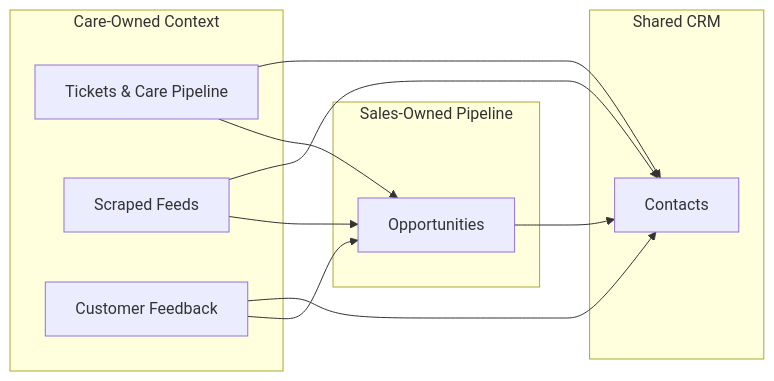
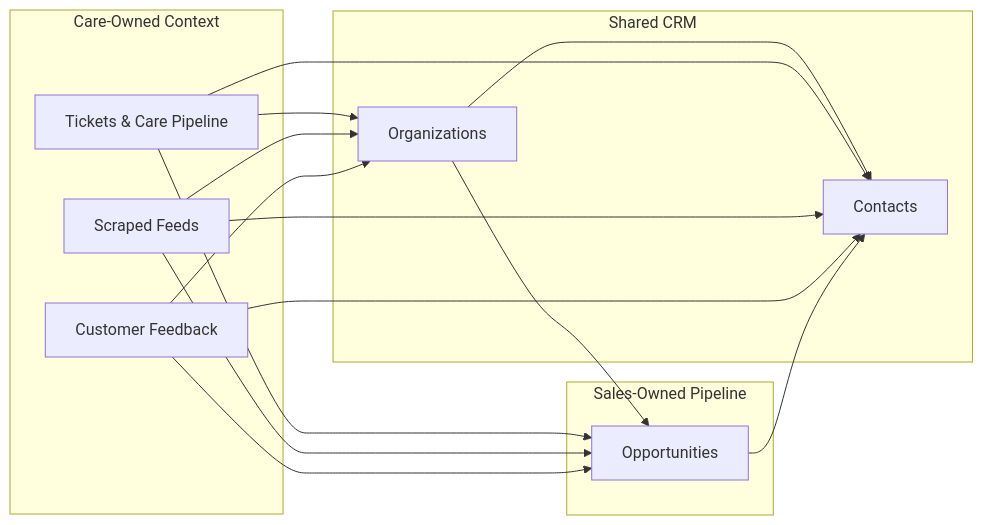
The third of 3 diagrams in care-sales-base.md (firman19/edu-airtable), drawn with Mermaid before and after one commit. The commit also changed other lines of this file and 2 other files, not shown here.

````diff
--- a/care-sales-base.md
+++ b/care-sales-base.md
@@ -249,25 +288,31 @@
 ```mermaid
 flowchart LR
     subgraph Care["Care-Owned Context"]
         T[Tickets & Care Pipeline]
         S[Scraped Feeds]
         F[Customer Feedback]
     end
 
     subgraph Shared["Shared CRM"]
+        ORG[Organizations]
         C[Contacts]
     end
 
     subgraph Sales["Sales-Owned Pipeline"]
         O[Opportunities]
     end
 
+    ORG --> C
     T --> C
     S --> C
     F --> C
 
+    T --> ORG
+    S --> ORG
+    F --> ORG
+    ORG --> O
     T --> O
     S --> O
     F --> O
     O --> C
 ```
````
